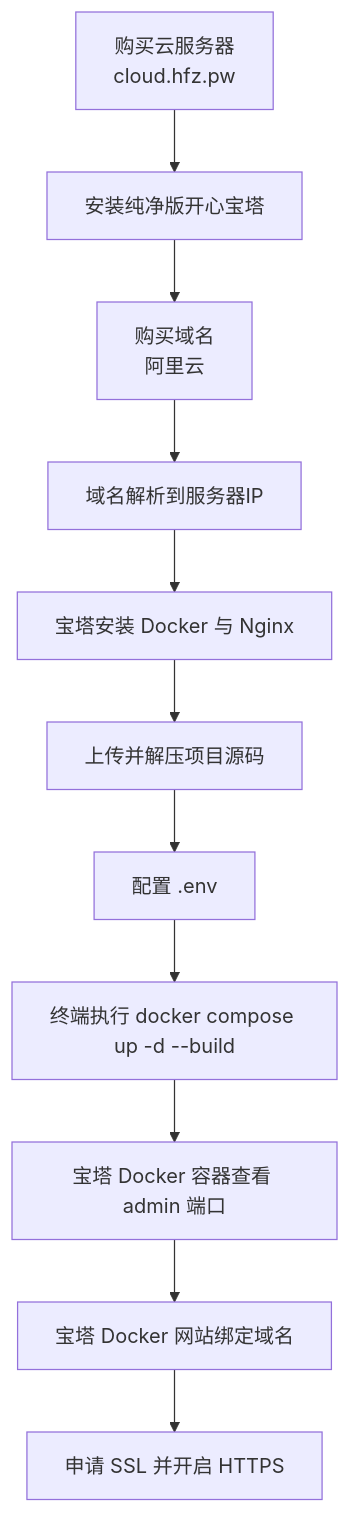
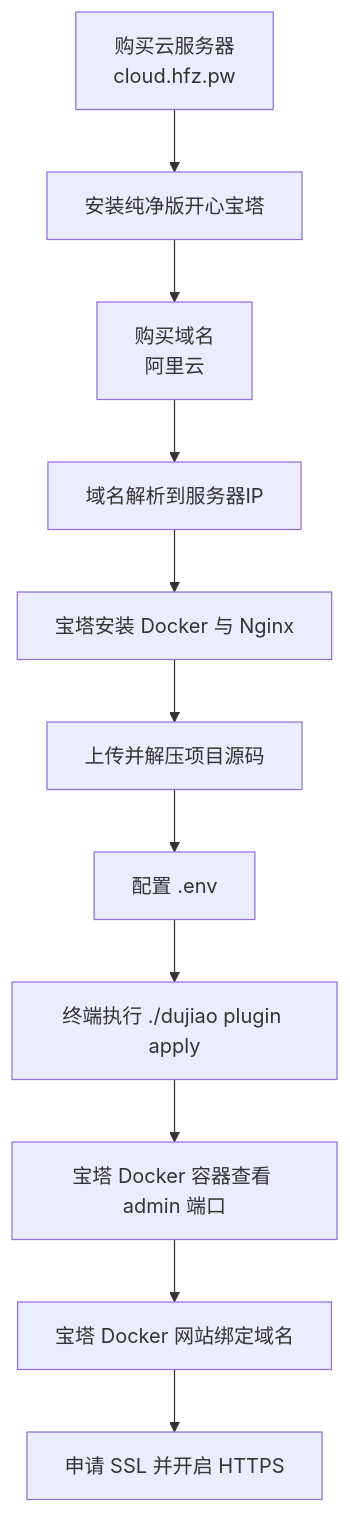
The diagram in README.md (cnmbdb/Dujiaoka-Next-Docker), drawn with Mermaid before and after one commit. The commit also changed other lines of this file and 50 other files, not shown here.

````diff
--- a/README.md
+++ b/README.md
@@ -8,13 +8,13 @@
 ```mermaid
 flowchart TD
     A["购买云服务器<br/>cloud.hfz.pw"] --> B["安装纯净版开心宝塔"]
     B --> C["购买域名<br/>阿里云"]
     C --> D["域名解析到服务器IP"]
     D --> E["宝塔安装 Docker 与 Nginx"]
     E --> F["上传并解压项目源码"]
     F --> G["配置 .env"]
-    G --> H["终端执行 docker compose up -d --build"]
+    G --> H["终端执行 ./dujiao plugin apply"]
     H --> I["宝塔 Docker 容器查看 admin 端口"]
     I --> J["宝塔 Docker 网站绑定域名"]
     J --> K["申请 SSL 并开启 HTTPS"]
 ```
````
